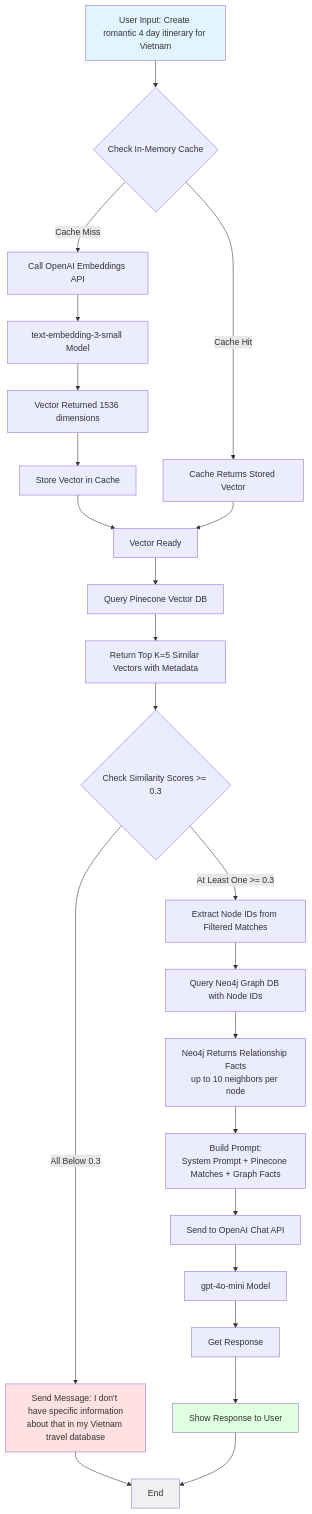
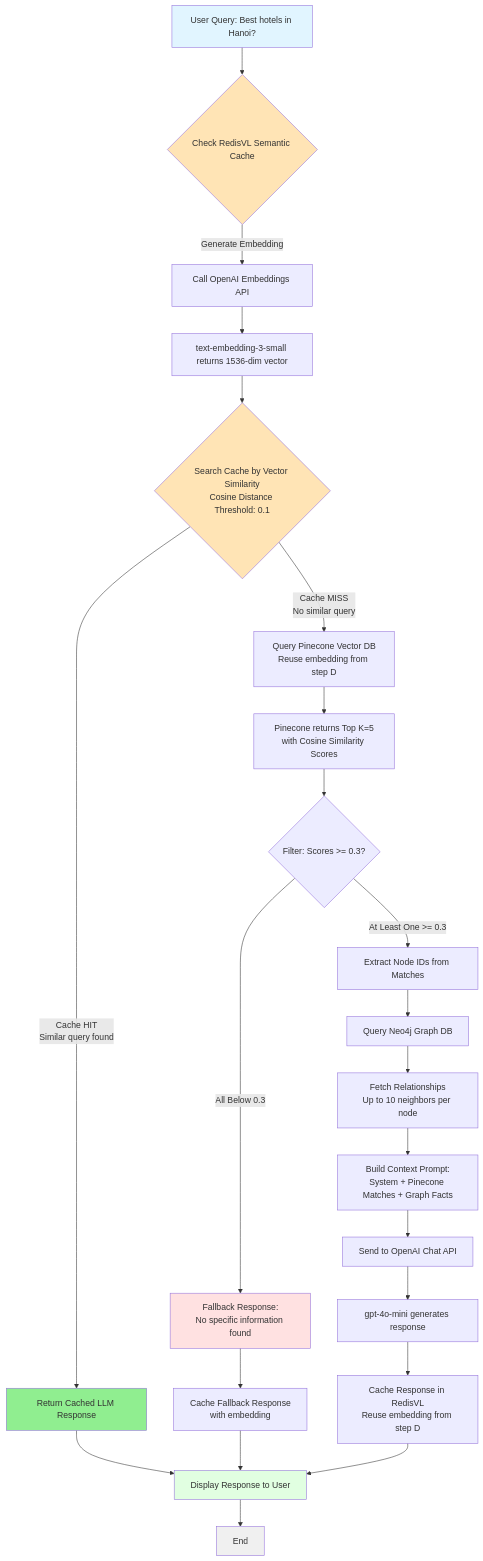
The diagram in README.md (h4mmad/blue-enigma), drawn with Mermaid before and after one commit. The commit also changed other lines of this file and 7 other files, not shown here.

Commit message:
feat: added redis semantic caching

````diff
--- a/README.md
+++ b/README.md
@@ -8,38 +10,44 @@
 ```mermaid
 flowchart TD
-    A[User Input: Create romantic 4 day itinerary for Vietnam] --> B{Check In-Memory Cache}
+    A[User Query: Best hotels in Hanoi?] --> B{Check RedisVL Semantic Cache}
 
-    B -->|Cache Hit| C[Cache Returns Stored Vector]
-    B -->|Cache Miss| D[Call OpenAI Embeddings API]
+    B -->|Generate Embedding| C[Call OpenAI Embeddings API]
+    C --> D[text-embedding-3-small returns 1536-dim vector]
 
-    D --> E[text-embedding-3-small Model]
-    E --> F[Vector Returned 1536 dimensions]
-    F --> G[Store Vector in Cache]
-    G --> H[Vector Ready]
-    C --> H
+    D --> E{Search Cache by Vector Similarity<br/>Cosine Distance Threshold: 0.1}
 
-    H --> I[Query Pinecone Vector DB]
-    I --> J[Return Top K=5 Similar Vectors with Metadata]
+    E -->|Cache HIT<br/>Similar query found| F[Return Cached LLM Response]
+    F --> G[Display Response to User]
+    G --> END[End]
 
-    J --> K{Check Similarity Scores >= 0.3}
+    E -->|Cache MISS<br/>No similar query| H[Query Pinecone Vector DB<br/>Reuse embedding from step D]
 
-    K -->|All Below 0.3| L[Send Message: I don't have specific information<br/>about that in my Vietnam travel database]
-    L --> M[End]
+    H --> I[Pinecone returns Top K=5<br/>with Cosine Similarity Scores]
 
-    K -->|At Least One >= 0.3| N[Extract Node IDs from Filtered Matches]
+    I --> J{Filter: Scores >= 0.3?}
 
-    N --> O[Query Neo4j Graph DB with Node IDs]
-    O --> P[Neo4j Returns Relationship Facts<br/>up to 10 neighbors per node]
-    P --> Q[Build Prompt:<br/>System Prompt + Pinecone Matches + Graph Facts]
+    J -->|All Below 0.3| K[Fallback Response:<br/>No specific information found]
+    K --> L[Cache Fallback Response<br/>with embedding]
+    L --> G
 
-    Q --> R[Send to OpenAI Chat API]
-    R --> S[gpt-4o-mini Model]
-    S --> T[Get Response]
-    T --> U[Show Response to User]
-    U --> M
+    J -->|At Least One >= 0.3| M[Extract Node IDs from Matches]
+
+    M --> N[Query Neo4j Graph DB]
+    N --> O[Fetch Relationships<br/>Up to 10 neighbors per node]
+
+    O --> P[Build Context Prompt:<br/>System + Pinecone Matches + Graph Facts]
+
+    P --> Q[Send to OpenAI Chat API]
+    Q --> R[gpt-4o-mini generates response]
+    R --> S[Cache Response in RedisVL<br/>Reuse embedding from step D]
+
+    S --> G
 
     style A fill:#e1f5ff
-    style L fill:#ffe1e1
-    style U fill:#e1ffe1
-    style M fill:#f0f0f0
+    style F fill:#90EE90
+    style K fill:#ffe1e1
+    style G fill:#e1ffe1
+    style END fill:#f0f0f0
+    style B fill:#FFE4B5
+    style E fill:#FFE4B5
 ```
````
